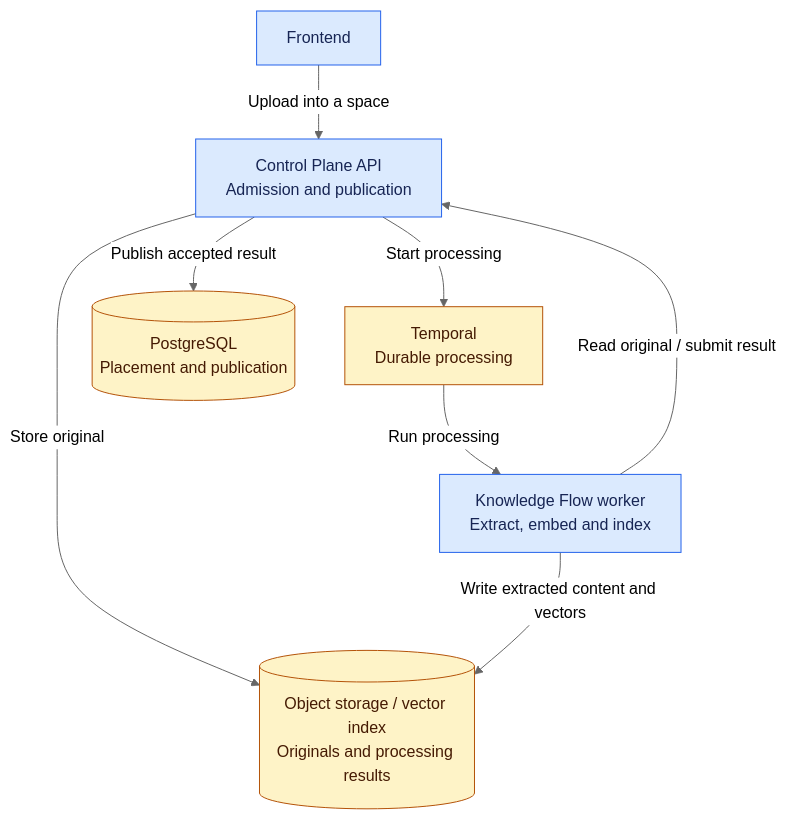
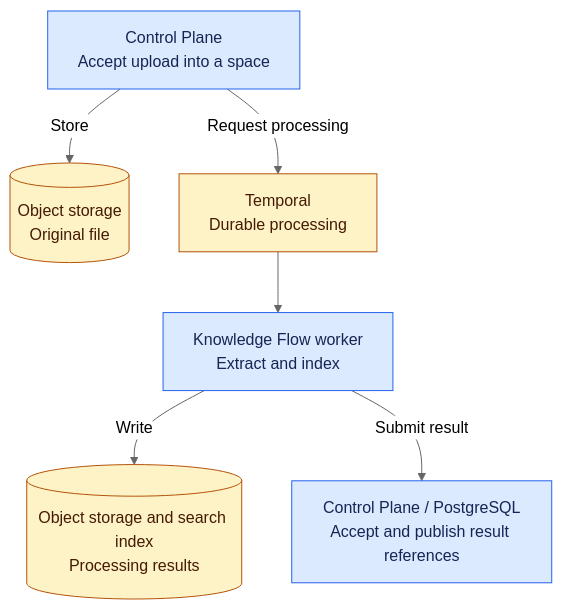
Before and after one commit to ThalesGroup/fred: the second of 3 diagrams in docs/architecture/01-system-overview.md, drawn with Mermaid (neutral theme). The commit also changed other lines of this file and 5 other files, not shown here.

````diff
--- a/docs/architecture/01-system-overview.md
+++ b/docs/architecture/01-system-overview.md
@@ -56,21 +35,19 @@
 ```mermaid
 flowchart TB
-    ui["Frontend"]
-    api["Control Plane API<br/>Admission and publication"]
+    cp["Control Plane<br/>Accept upload into a space"]
+    original[("Object storage<br/>Original file")]
     temporal["Temporal<br/>Durable processing"]
-    kfw["Knowledge Flow worker<br/>Extract, embed and index"]
-    artifacts[("Object storage / vector index<br/>Originals and processing results")]
-    facts[("PostgreSQL<br/>Placement and publication")]
-    ui -->|"Upload into a space"| api
-    api -->|"Store original"| artifacts
-    api -->|"Start processing"| temporal
-    temporal -->|"Run processing"| kfw
-    kfw -->|"Read original / submit result"| api
-    kfw -->|"Write extracted content and vectors"| artifacts
-    api -->|"Publish accepted result"| facts
+    kf["Knowledge Flow worker<br/>Extract and index"]
+    result[("Object storage and search index<br/>Processing results")]
+    publish["Control Plane / PostgreSQL<br/>Accept and publish result references"]
+    cp -->|"Store"| original
+    cp -->|"Request processing"| temporal
+    temporal --> kf
+    kf -->|"Write"| result
+    kf -->|"Submit result"| publish
 
     classDef fred fill:#DBEAFE,stroke:#2563EB,color:#172554
     classDef cots fill:#FEF3C7,stroke:#B45309,color:#451A03
-    class ui,api,kfw fred
-    class temporal,artifacts,facts cots
+    class cp,kf,publish fred
+    class original,temporal,result cots
 ```
````
